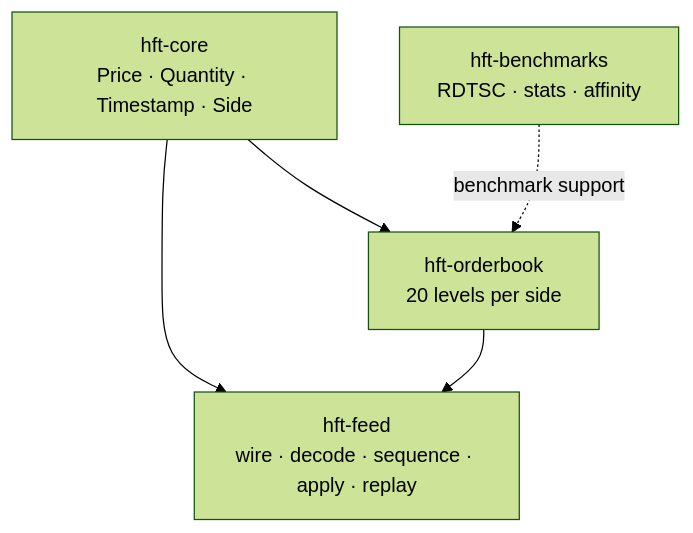
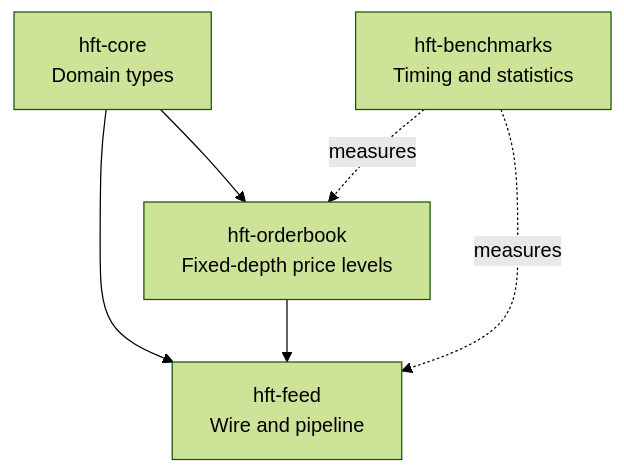
The first of 3 diagrams in docs/visual-guide.md (Ghaith8Bit/simple-hft-engine), drawn with Mermaid (forest theme) before and after one commit. The commit also changed other lines of this file and 27 other files, not shown here.

````diff
--- a/docs/visual-guide.md
+++ b/docs/visual-guide.md
@@ -48,11 +7,12 @@
 ```mermaid
 flowchart TB
-    CORE["hft-core<br/>Price · Quantity · Timestamp · Side"]
-    BOOK["hft-orderbook<br/>20 levels per side"]
-    FEED["hft-feed<br/>wire · decode · sequence · apply · replay"]
-    BENCH["hft-benchmarks<br/>RDTSC · stats · affinity"]
-    CORE --> BOOK
-    CORE --> FEED
-    BOOK --> FEED
-    BENCH -. "benchmark support" .-> BOOK
+    Core["hft-core<br/>Domain types"]
+    Book["hft-orderbook<br/>Fixed-depth price levels"]
+    Feed["hft-feed<br/>Wire and pipeline"]
+    Bench["hft-benchmarks<br/>Timing and statistics"]
+    Core --> Book
+    Core --> Feed
+    Book --> Feed
+    Bench -. measures .-> Book
+    Bench -. measures .-> Feed
 ```
````
